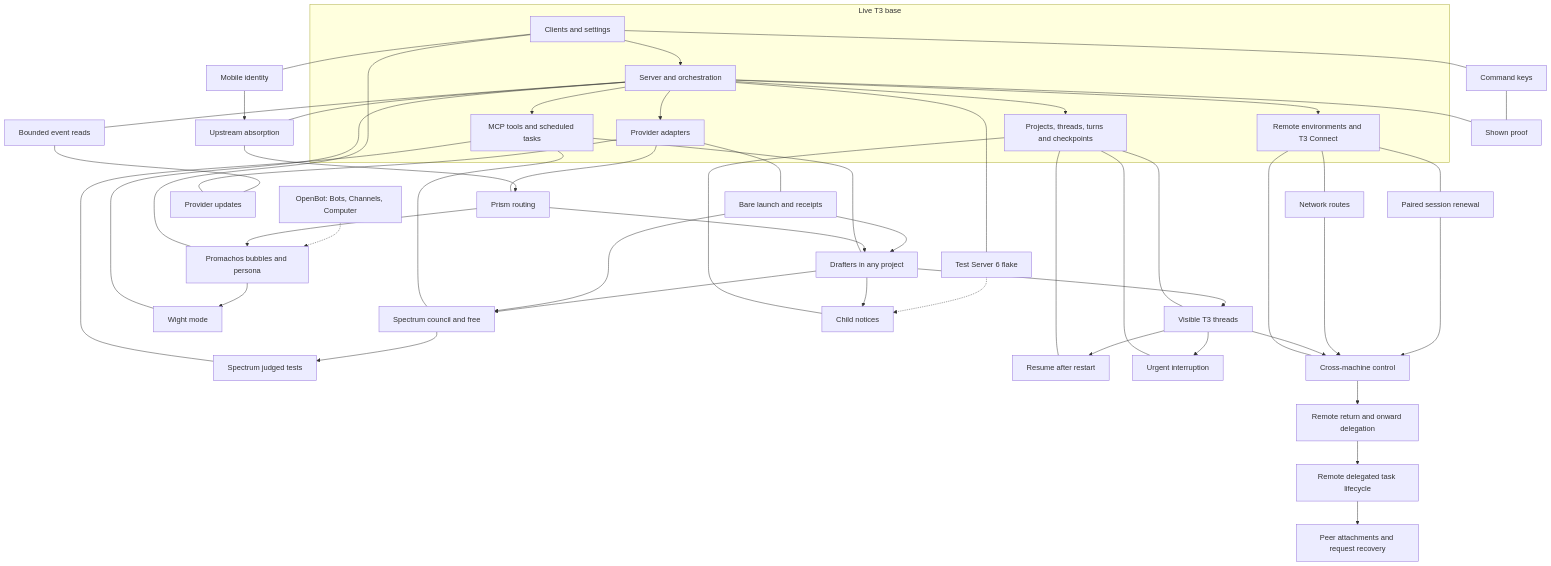
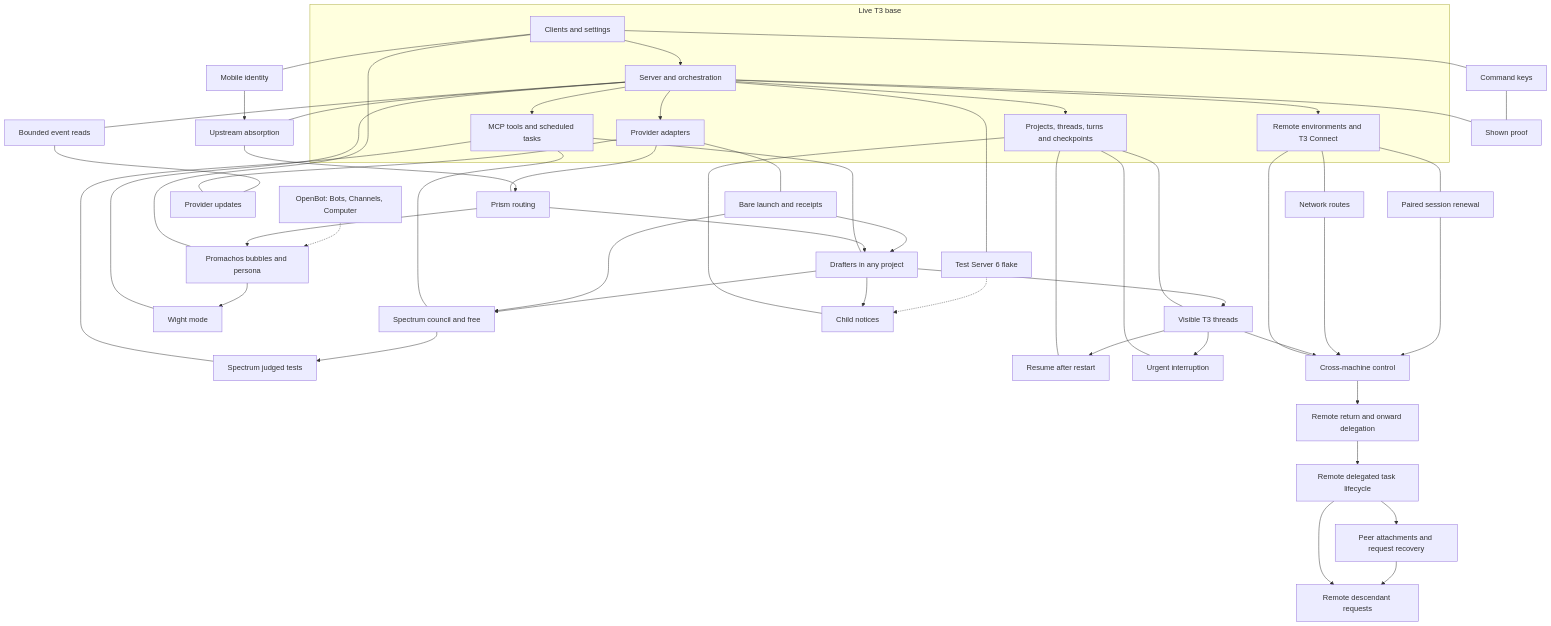
Before and after one commit to toolboxmd/chromeria: the diagram in docs/map.md, drawn with Mermaid. The commit also changed 51 other files, not shown here.

Commit message:
feat(peer): answer remote descendant requests from the source

```diff
--- a/docs/map.md
+++ b/docs/map.md
@@ -82,6 +82,10 @@
     PAR["Peer attachments and request recovery"]
     %% PAR: #382 PR #410
     RTL --> PAR
+    RPR["Remote descendant requests"]
+    %% RPR: #369
+    RTL --> RPR
+    PAR --> RPR
     NR["Network routes"]
     %% NR: #292 #358
     PRN["Paired session renewal"]
```
